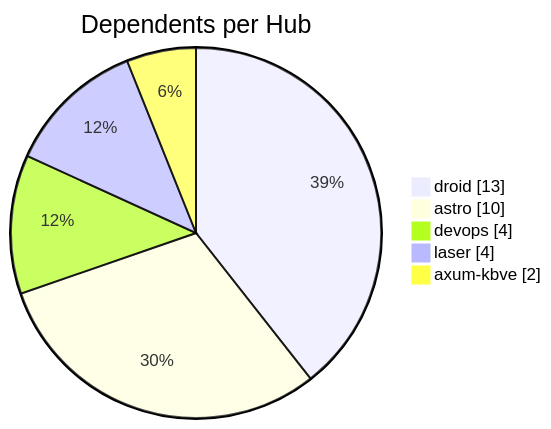
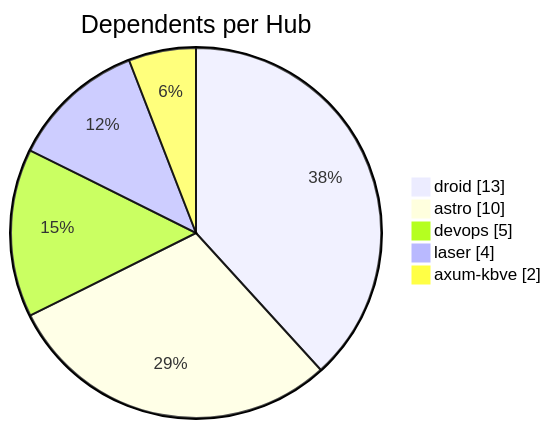
The second of 3 diagrams in apps/kbve/astro-kbve/src/content/docs/dashboard/graph.mdx (KBVE/kbve), drawn with Mermaid before and after one commit. The commit also changed other lines of this file and 8 other files, not shown here.

````diff
--- a/apps/kbve/astro-kbve/src/content/docs/dashboard/graph.mdx
+++ b/apps/kbve/astro-kbve/src/content/docs/dashboard/graph.mdx
@@ -66,9 +66,9 @@
 ```mermaid
 pie showData
     title Dependents per Hub
     "droid" : 13
     "astro" : 10
-    "devops" : 4
+    "devops" : 5
     "laser" : 4
     "axum-kbve" : 2
 ```
````
